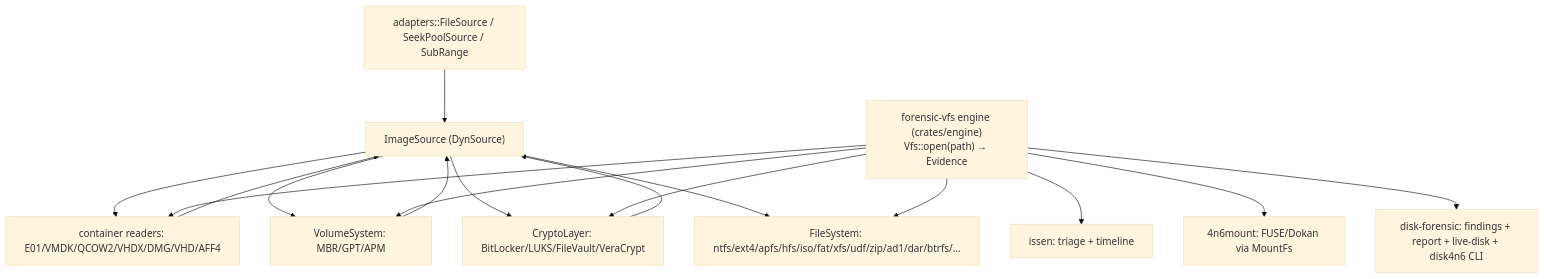
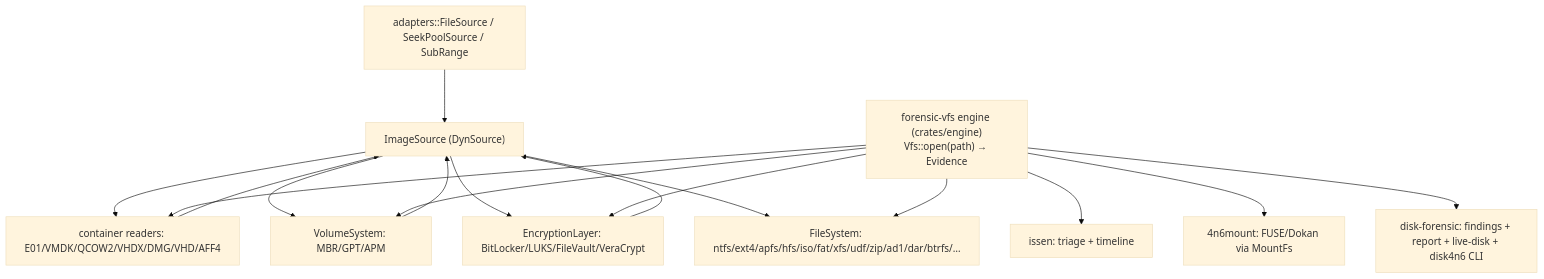
The diagram in docs/plans/fleet-vfs-consolidation.md (jwu29/issen), drawn with Mermaid (base theme) before and after one commit. The commit also changed other lines of this file, not shown here.

Commit message:
docs(plans): fix stale CryptoLayer -> EncryptionLayer refs (finish encryption rename)

````diff
--- a/docs/plans/fleet-vfs-consolidation.md
+++ b/docs/plans/fleet-vfs-consolidation.md
@@ -39,18 +39,18 @@
 ```mermaid
 flowchart TD
     A["adapters::FileSource / SeekPoolSource / SubRange"] --> B["ImageSource (DynSource)"]
     B --> C["container readers: E01/VMDK/QCOW2/VHDX/DMG/VHD/AFF4"]
     C --> B
     B --> D["VolumeSystem: MBR/GPT/APM"]
     D --> B
-    B --> K["CryptoLayer: BitLocker/LUKS/FileVault/VeraCrypt"]
+    B --> K["EncryptionLayer: BitLocker/LUKS/FileVault/VeraCrypt"]
     K --> B
     B --> E["FileSystem: ntfs/ext4/apfs/hfs/iso/fat/xfs/udf/zip/ad1/dar/btrfs/…"]
     F["forensic-vfs engine (crates/engine)<br/>Vfs::open(path) → Evidence"] --> C
     F --> D
     F --> K
     F --> E
     F --> G["issen: triage + timeline"]
     F --> H["4n6mount: FUSE/Dokan via MountFs"]
     F --> I["disk-forensic: findings + report + live-disk + disk4n6 CLI"]
 ```
````
